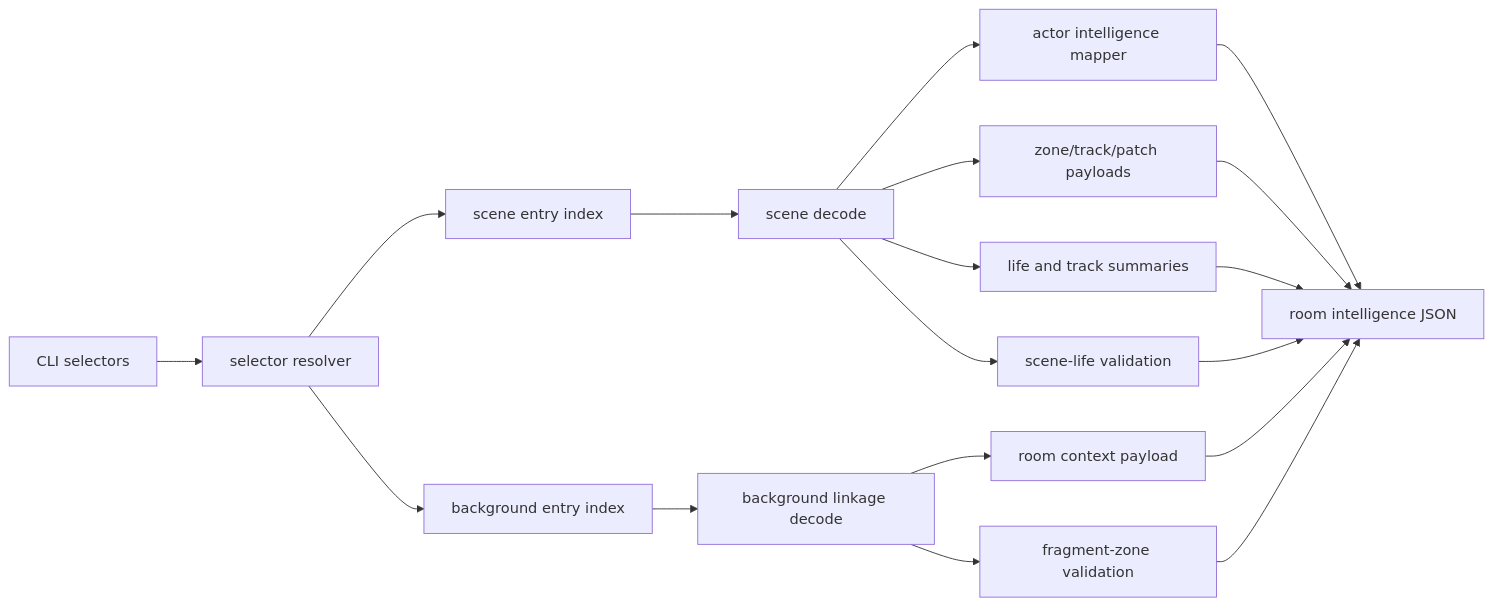
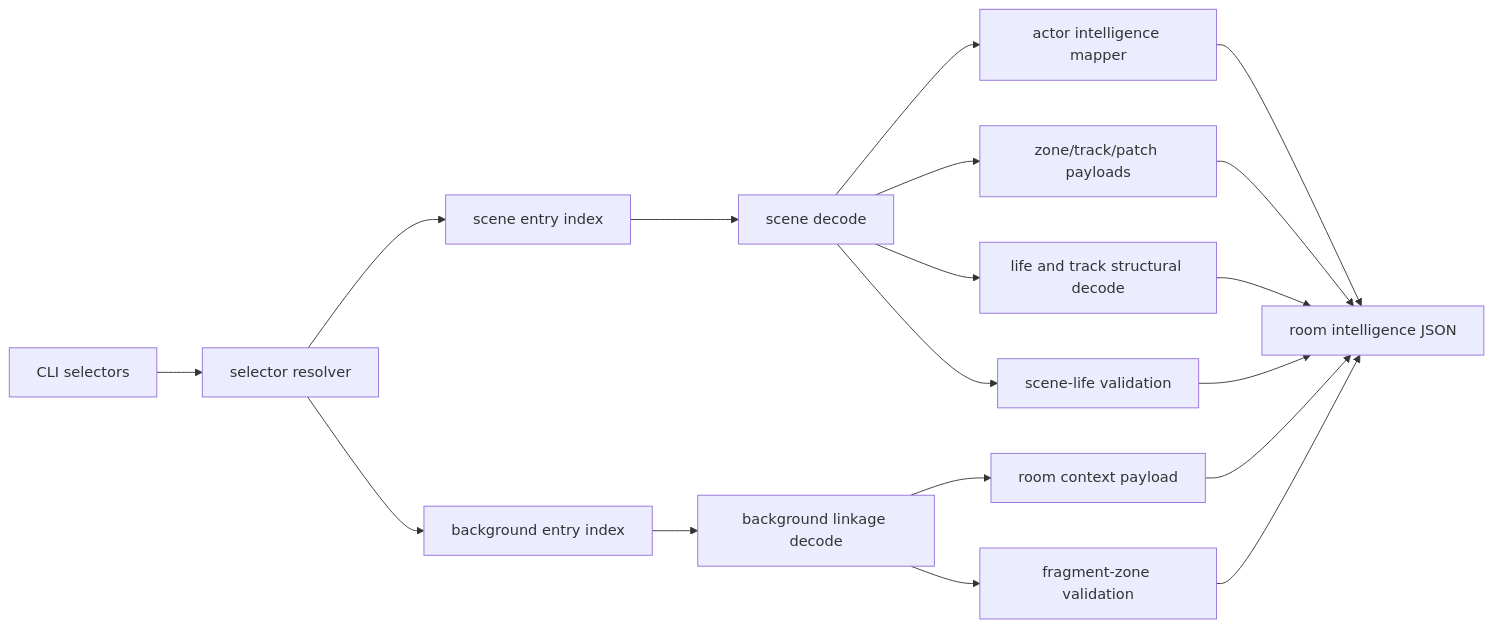
One commit to dev00-hq/littlebigreversing changed the diagram in sidequest/docs/architecture.md. Above: the diagram before and after it, drawn with Mermaid. The commit also changed other lines of this file and 19 other files, not shown here.

````diff
--- a/sidequest/docs/architecture.md
+++ b/sidequest/docs/architecture.md
@@ -38,20 +38,20 @@
 ```mermaid
 flowchart LR
     A["CLI selectors"] --> B["selector resolver"]
     B --> C["scene entry index"]
     B --> D["background entry index"]
     C --> E["scene decode"]
     D --> F["background linkage decode"]
     E --> G["actor intelligence mapper"]
     E --> H["zone/track/patch payloads"]
-    E --> I["life and track summaries"]
+    E --> I["life and track structural decode"]
     F --> J["room context payload"]
     E --> V["scene-life validation"]
     F --> W["fragment-zone validation"]
     G --> K["room intelligence JSON"]
     H --> K
     I --> K
     J --> K
     V --> K
     W --> K
 ```
````
